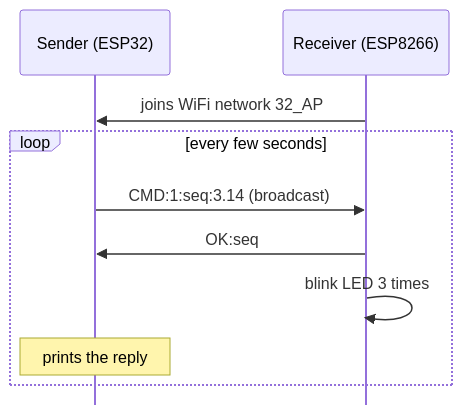
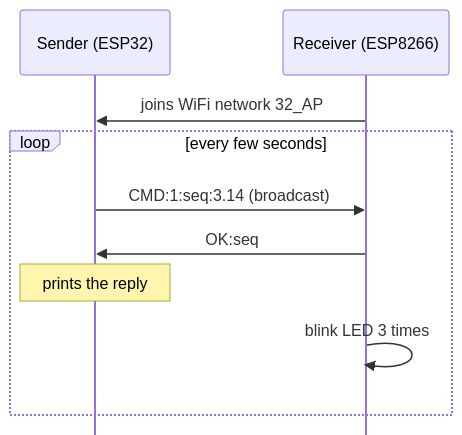
The second of 2 diagrams in src/communication/03-esp32-to-8266-led/DIAGRAM.md (mike-segfault/low-cost-distributed-sync), drawn with Mermaid before and after one commit. The commit also changed other lines of this file, not shown here.

First line of the commit message:
Adjust LED blink timing in diagram

````diff
--- a/src/communication/03-esp32-to-8266-led/DIAGRAM.md
+++ b/src/communication/03-esp32-to-8266-led/DIAGRAM.md
@@ -10,13 +10,13 @@
 ```mermaid
 %%{init: {"sequence": {"mirrorActors": false}}}%%
 sequenceDiagram
     participant S as Sender (ESP32)
     participant R as Receiver (ESP8266)
     R->>S: joins WiFi network 32_AP
     loop every few seconds
         S->>R: CMD:1:seq:3.14 (broadcast)
         R->>S: OK:seq
+        Note over S: prints the reply
         R->>R: blink LED 3 times
-        Note over S: prints the reply
     end
 ```
````
